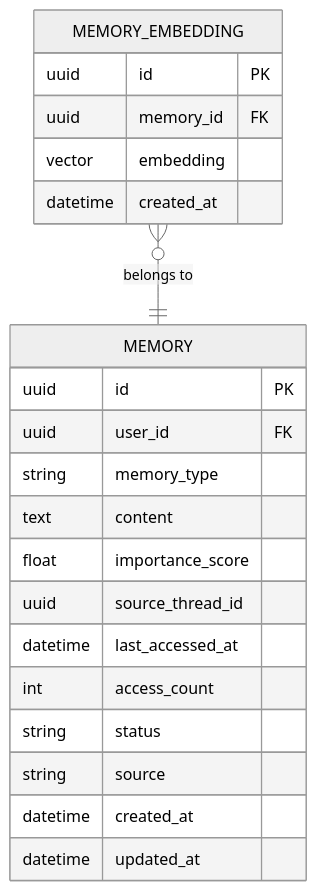
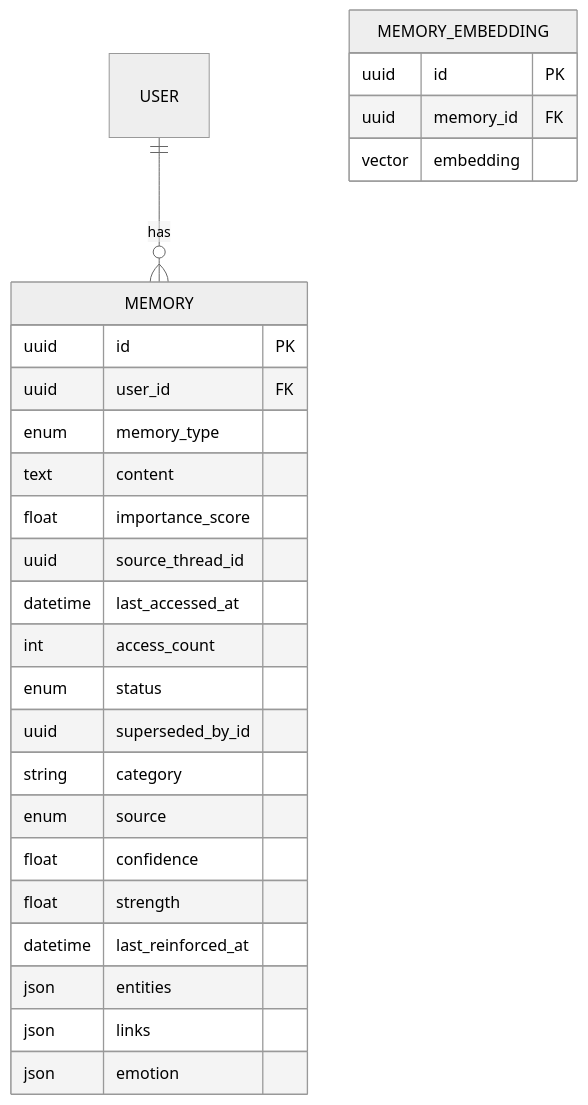
Before and after one commit to statgod6/4ever: the fourth of 8 diagrams in .qoder/repowiki/en/content/Core Features/Core Features.md, drawn with Mermaid (neutral theme). The commit also changed other lines of this file and 116 other files, not shown here.

````diff
--- a/.qoder/repowiki/en/content/Core Features/Core Features.md
+++ b/.qoder/repowiki/en/content/Core Features/Core Features.md
@@ -183,24 +208,29 @@
 ```mermaid
 erDiagram
+USER ||--o{ MEMORY : "has"
 MEMORY {
 uuid id PK
 uuid user_id FK
-string memory_type
+enum memory_type
 text content
 float importance_score
 uuid source_thread_id
 datetime last_accessed_at
 int access_count
-string status
-string source
-datetime created_at
-datetime updated_at
+enum status
+uuid superseded_by_id
+string category
+enum source
+float confidence
+float strength
+datetime last_reinforced_at
+json entities
+json links
+json emotion
 }
 MEMORY_EMBEDDING {
 uuid id PK
 uuid memory_id FK
 vector embedding
-datetime created_at
 }
-MEMORY_EMBEDDING }o--|| MEMORY : "belongs to"
 ```
````
